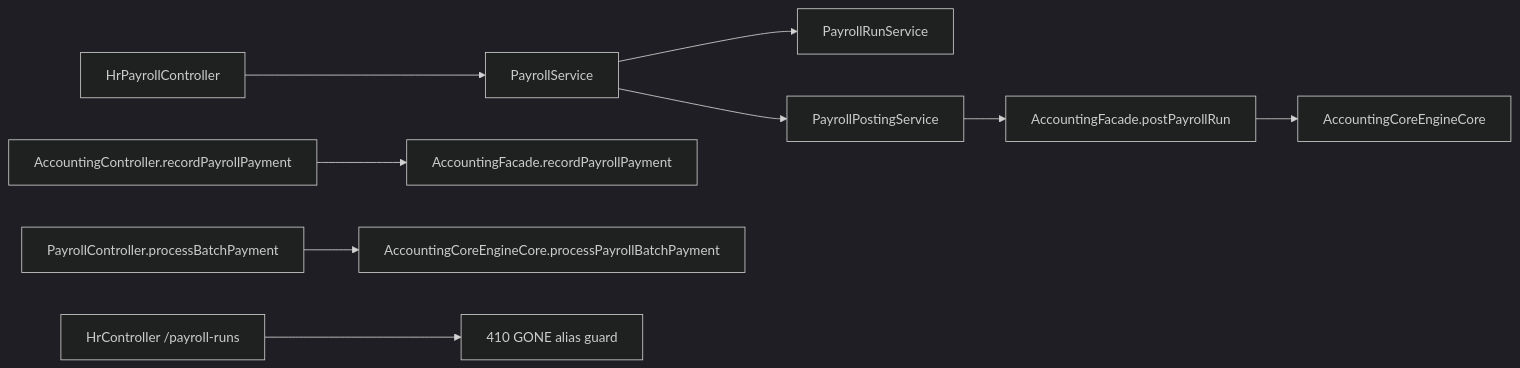
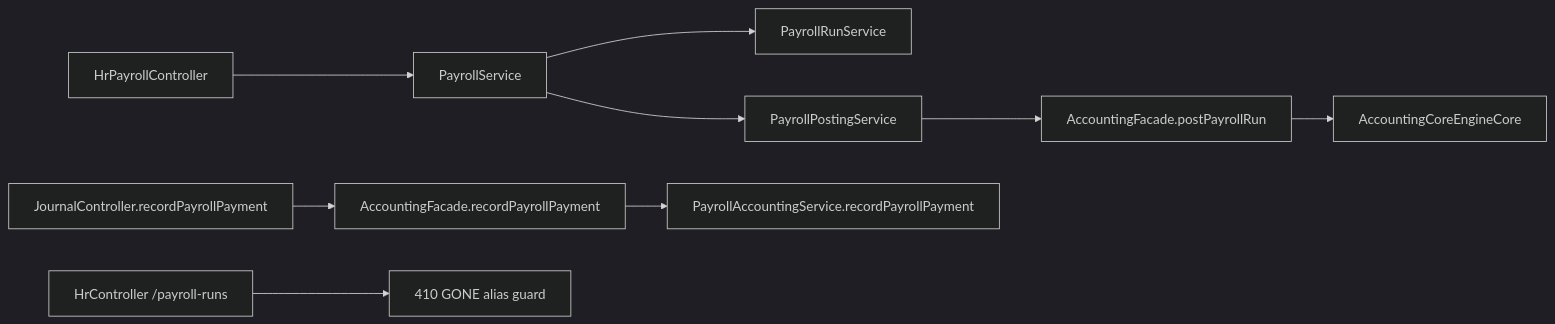
One commit to evilfps/bigbrightpaints-erp changed the diagram in docs/developer/accounting-flows/15-payroll-hr-overlap.md. Above: the diagram before and after it, drawn with Mermaid (dark theme). The commit also changed other lines of this file and 31 other files, not shown here.

````diff
--- a/docs/developer/accounting-flows/15-payroll-hr-overlap.md
+++ b/docs/developer/accounting-flows/15-payroll-hr-overlap.md
@@ -18,12 +18,12 @@
 ```mermaid
 flowchart LR
     HR["HrPayrollController"] --> PS["PayrollService"]
     PS --> PRS["PayrollRunService"]
     PS --> PPS["PayrollPostingService"]
     PPS --> AF["AccountingFacade.postPayrollRun"]
     AF --> ENG["AccountingCoreEngineCore"]
 
-    APC["AccountingController.recordPayrollPayment"] --> PAY["AccountingFacade.recordPayrollPayment"]
-    BATCH["PayrollController.processBatchPayment"] --> BENG["AccountingCoreEngineCore.processPayrollBatchPayment"]
+    APC["JournalController.recordPayrollPayment"] --> PAY["AccountingFacade.recordPayrollPayment"]
+    PAY --> BENG["PayrollAccountingService.recordPayrollPayment"]
     LEG["HrController /payroll-runs"] --> GONE["410 GONE alias guard"]
 ```
````
